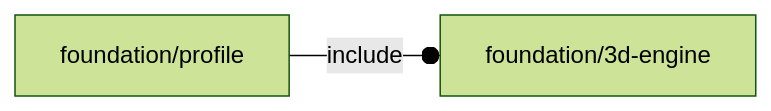
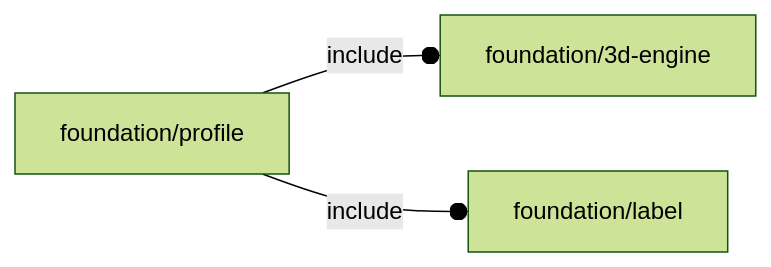
The diagram in orthodocs/foundation/profile.md (ggabbiani/OFL), drawn with Mermaid (forest theme) before and after one commit. The commit also changed other lines of this file and 2 other files, not shown here.

````diff
--- a/orthodocs/foundation/profile.md
+++ b/orthodocs/foundation/profile.md
@@ -5,4 +5,5 @@
 ```mermaid
 graph LR
     A1[foundation/profile] --o|include| A2[foundation/3d-engine]
+    A1 --o|include| A3[foundation/label]
 ```
````
